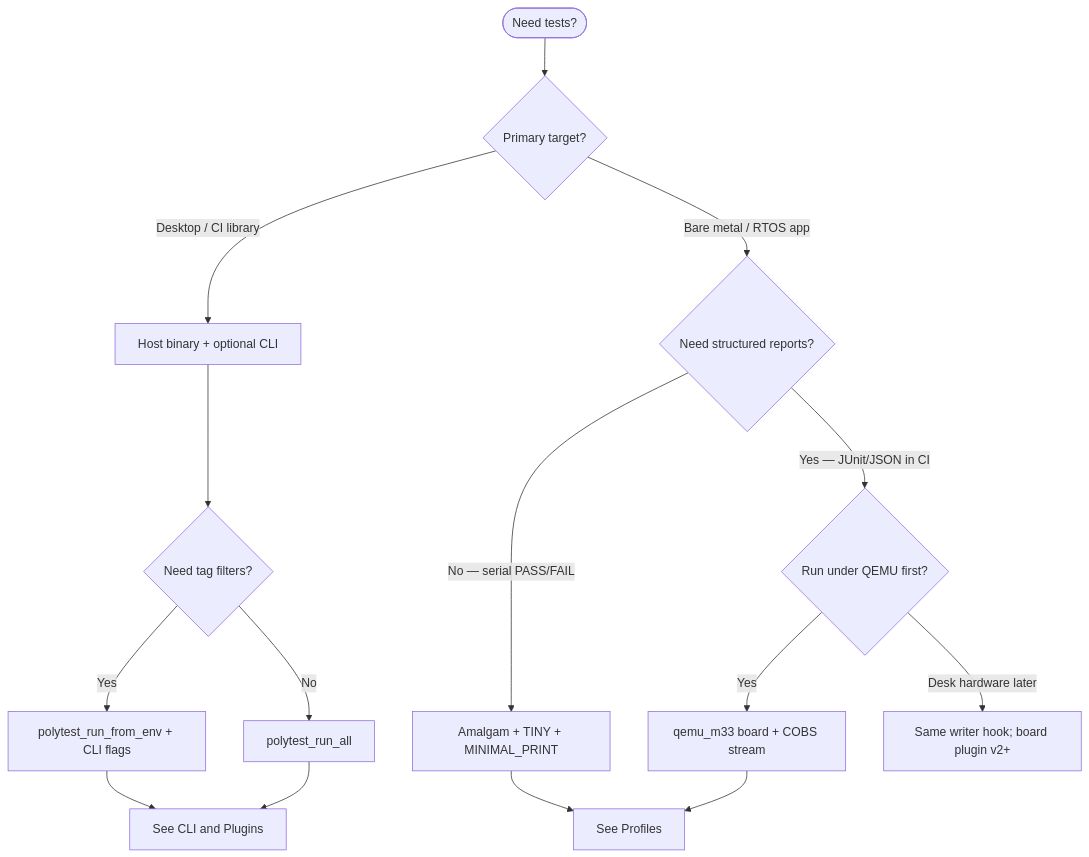
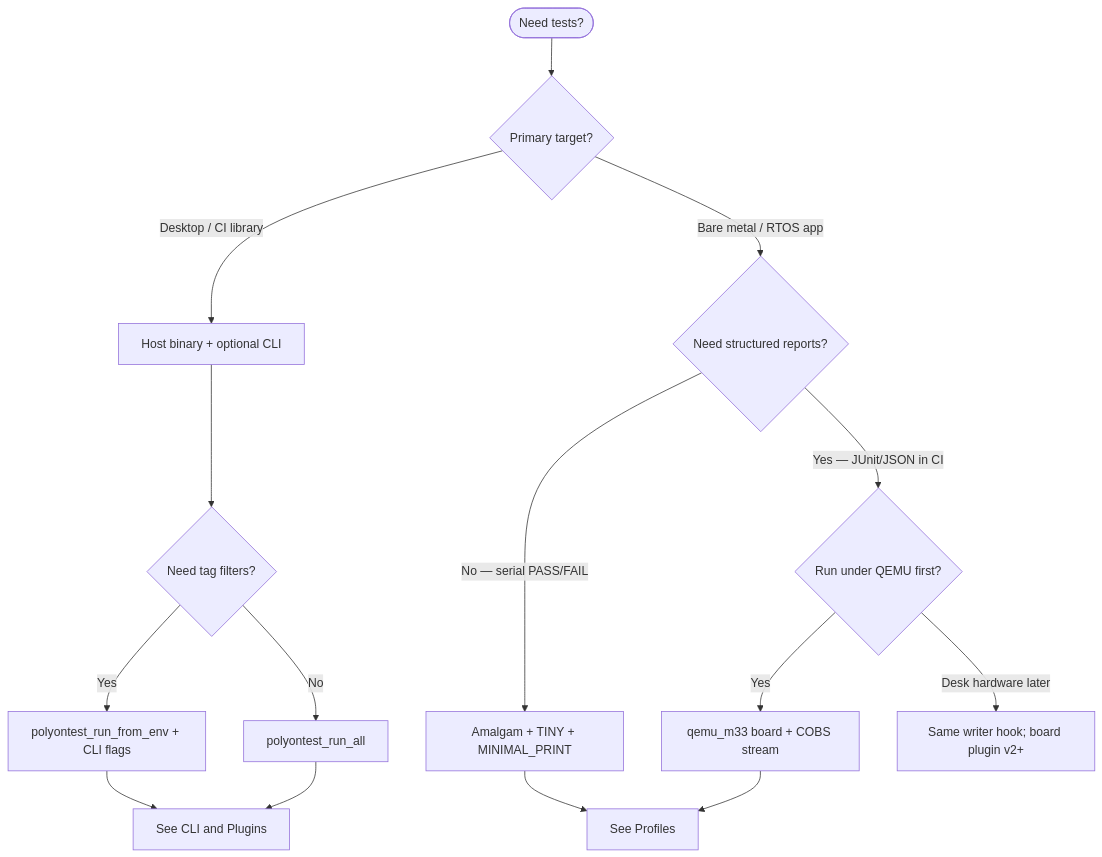
The first of 4 diagrams in docs/concepts.md (malto101/Open-PolyTest-Framework), drawn with Mermaid before and after one commit. The commit also changed other lines of this file and 93 other files, not shown here.

````diff
--- a/docs/concepts.md
+++ b/docs/concepts.md
@@ -23,17 +23,17 @@
 ```mermaid
 flowchart TD
   start([Need tests?]) --> hostOrMcu{Primary target?}
   hostOrMcu -->|Desktop / CI library| hostPath[Host binary + optional CLI]
   hostOrMcu -->|Bare metal / RTOS app| mcuPath{Need structured reports?}
   mcuPath -->|No — serial PASS/FAIL| hobby[Amalgam + TINY + MINIMAL_PRINT]
   mcuPath -->|Yes — JUnit/JSON in CI| qemuOrHw{Run under QEMU first?}
   qemuOrHw -->|Yes| qemuPath[qemu_m33 board + COBS stream]
   qemuOrHw -->|Desk hardware later| hwNote[Same writer hook; board plugin v2+]
   hostPath --> filters{Need tag filters?}
-  filters -->|Yes| fromEnv[polytest_run_from_env + CLI flags]
-  filters -->|No| runAll[polytest_run_all]
+  filters -->|Yes| fromEnv[polyontest_run_from_env + CLI flags]
+  filters -->|No| runAll[polyontest_run_all]
   hobby --> profiles[See Profiles]
   qemuPath --> profiles
   fromEnv --> plugins[See CLI and Plugins]
   runAll --> plugins
 ```
````
